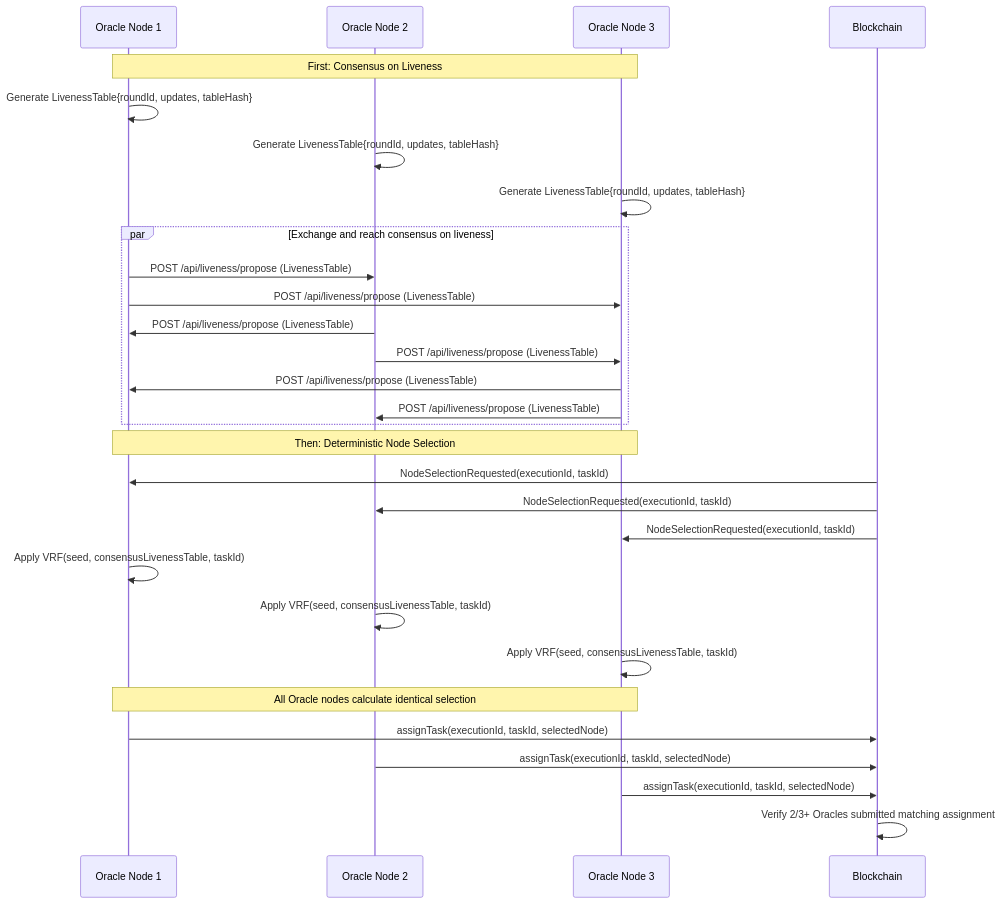
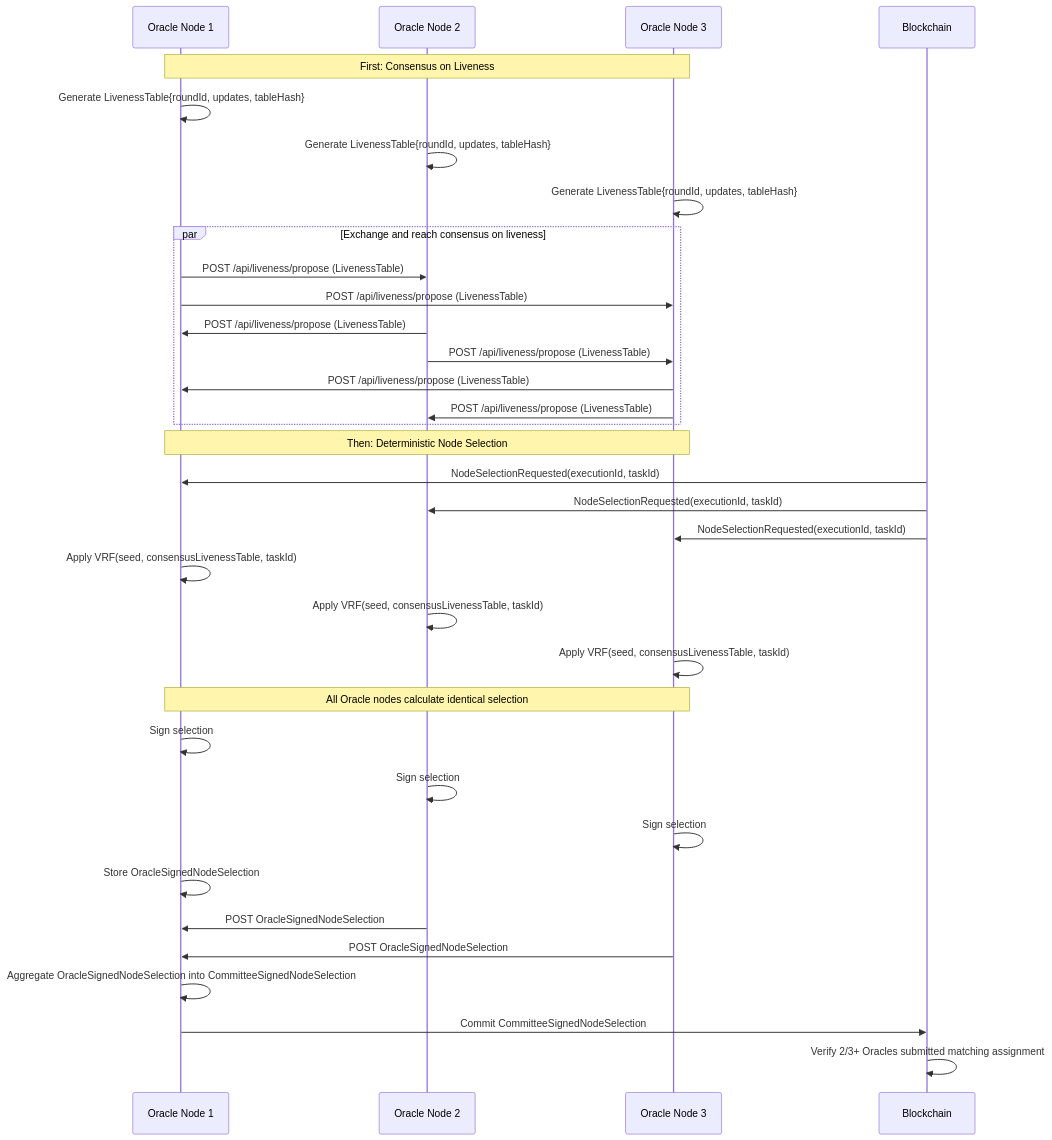
Before and after one commit to ToxicPine/planning-win: the sixth of 8 diagrams in concrete_plans/explanation.md, drawn with Mermaid. The commit also changed other lines of this file and 5 other files, not shown here.

````diff
--- a/concrete_plans/explanation.md
+++ b/concrete_plans/explanation.md
@@ -309,40 +309,48 @@
 ```mermaid
 sequenceDiagram
     participant O1 as Oracle Node 1
     participant O2 as Oracle Node 2
     participant O3 as Oracle Node 3
     participant BC as Blockchain
 
     Note over O1,O3: First: Consensus on Liveness
 
     O1->>O1: Generate LivenessTable{roundId, updates, tableHash}
     O2->>O2: Generate LivenessTable{roundId, updates, tableHash}
     O3->>O3: Generate LivenessTable{roundId, updates, tableHash}
 
     par Exchange and reach consensus on liveness
         O1->>O2: POST /api/liveness/propose (LivenessTable)
         O1->>O3: POST /api/liveness/propose (LivenessTable)
         O2->>O1: POST /api/liveness/propose (LivenessTable)
         O2->>O3: POST /api/liveness/propose (LivenessTable)
         O3->>O1: POST /api/liveness/propose (LivenessTable)
         O3->>O2: POST /api/liveness/propose (LivenessTable)
     end
 
     Note over O1,O3: Then: Deterministic Node Selection
 
     BC->>O1: NodeSelectionRequested(executionId, taskId)
     BC->>O2: NodeSelectionRequested(executionId, taskId)
     BC->>O3: NodeSelectionRequested(executionId, taskId)
 
     O1->>O1: Apply VRF(seed, consensusLivenessTable, taskId)
     O2->>O2: Apply VRF(seed, consensusLivenessTable, taskId)
     O3->>O3: Apply VRF(seed, consensusLivenessTable, taskId)
 
     Note over O1,O3: All Oracle nodes calculate identical selection
 
-    O1->>BC: assignTask(executionId, taskId, selectedNode)
-    O2->>BC: assignTask(executionId, taskId, selectedNode)
-    O3->>BC: assignTask(executionId, taskId, selectedNode)
+    O1->>O1: Sign selection
+    O2->>O2: Sign selection
+    O3->>O3: Sign selection
+
+    O1->>O1: Store OracleSignedNodeSelection
+    O2->>O1: POST OracleSignedNodeSelection
+    O3->>O1: POST OracleSignedNodeSelection
+
+    O1->>O1: Aggregate OracleSignedNodeSelection into CommitteeSignedNodeSelection
+
+    O1->>BC: Commit CommitteeSignedNodeSelection
 
     BC->>BC: Verify 2/3+ Oracles submitted matching assignment
 ```
````
